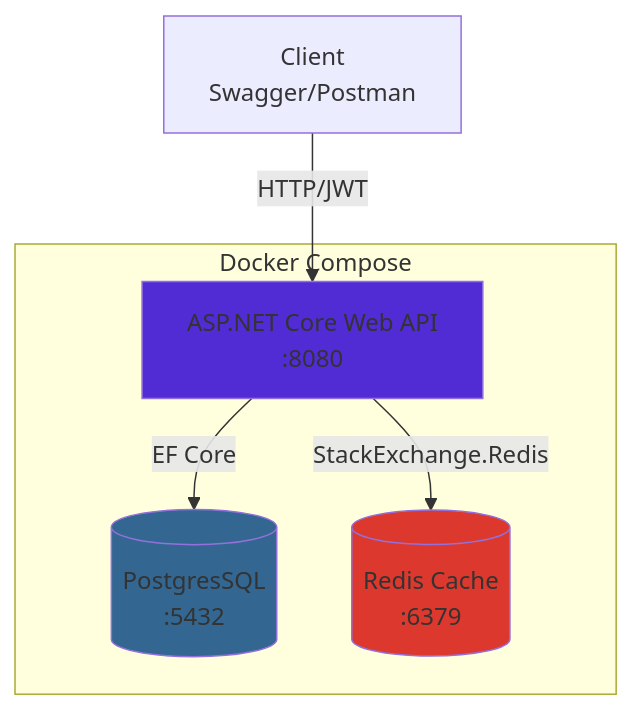
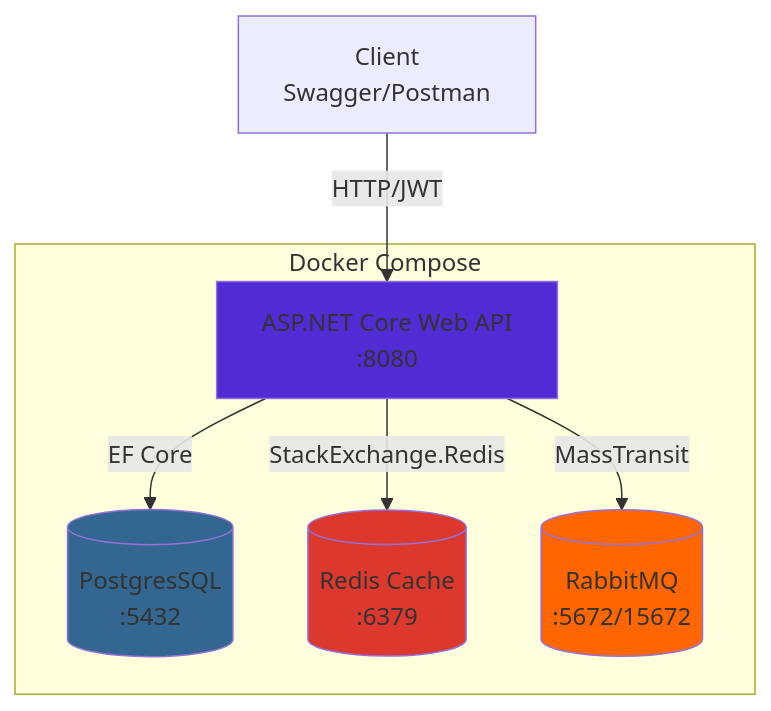
Before and after one commit to er4se/NotesApi: the first of 2 diagrams in README.ru.md, drawn with Mermaid. The commit also changed other lines of this file, not shown here.

````diff
--- a/README.ru.md
+++ b/README.ru.md
@@ -60,21 +61,25 @@
 ```mermaid
 graph TB
   Client[Client<br/>Swagger/Postman]
   API[ASP.NET Core Web API<br/>:8080]
   PG[(PostgresSQL<br/>:5432)]
   RD[(Redis Cache<br/>:6379)]
+  RMQ[(RabbitMQ<br/>:5672/15672)]
 
   Client -->|HTTP/JWT| API
   API -->|EF Core| PG
   API -->|StackExchange.Redis| RD
+  API -->|MassTransit| RMQ
 
   subgraph Docker Compose
     API
     PG
     RD
+    RMQ
   end
 
   style API fill:#512BD4
   style PG fill:#336791
   style RD fill:#DC382D
+  style RMQ fill:#FF6600
 ```
````
